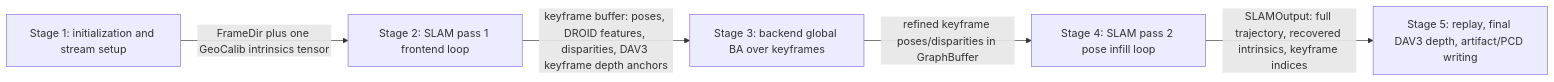
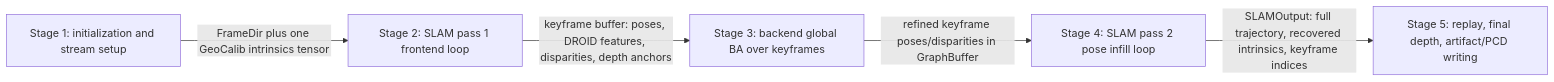
Before and after one commit to sadanand1120/vipe: the first of 12 diagrams in fullexplain.md, drawn with Mermaid. The commit also changed other lines of this file and 13 other files, not shown here.

````diff
--- a/fullexplain.md
+++ b/fullexplain.md
@@ -27,7 +27,7 @@
 ```mermaid
 flowchart LR
     S1[Stage 1: initialization and stream setup] -->|FrameDir plus one GeoCalib intrinsics tensor| S2[Stage 2: SLAM pass 1 frontend loop]
-    S2 -->|keyframe buffer: poses, DROID features, disparities, DAV3 keyframe depth anchors| S3[Stage 3: backend global BA over keyframes]
+    S2 -->|keyframe buffer: poses, DROID features, disparities, depth anchors| S3[Stage 3: backend global BA over keyframes]
     S3 -->|refined keyframe poses/disparities in GraphBuffer| S4[Stage 4: SLAM pass 2 pose infill loop]
-    S4 -->|SLAMOutput: full trajectory, recovered intrinsics, keyframe indices| S5[Stage 5: replay, final DAV3 depth, artifact/PCD writing]
+    S4 -->|SLAMOutput: full trajectory, recovered intrinsics, keyframe indices| S5[Stage 5: replay, final depth, artifact/PCD writing]
 ```
````
